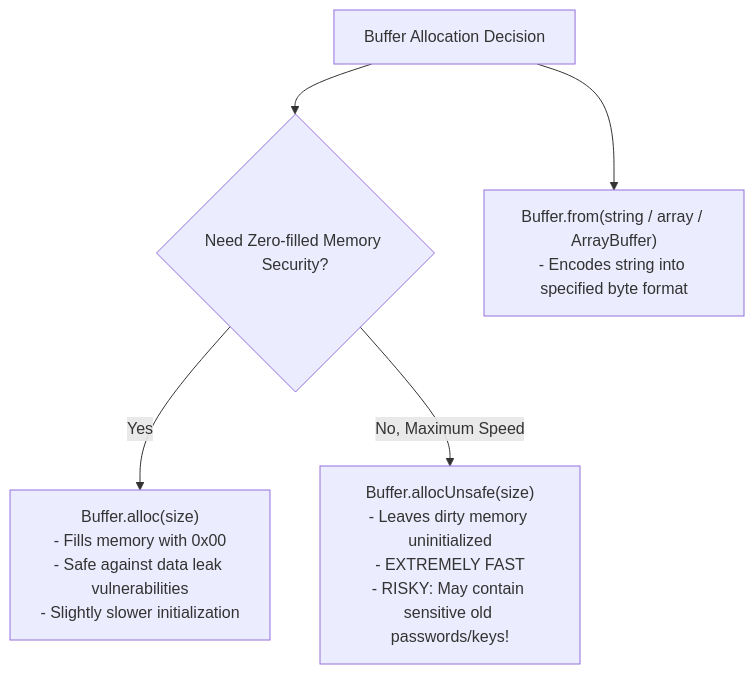
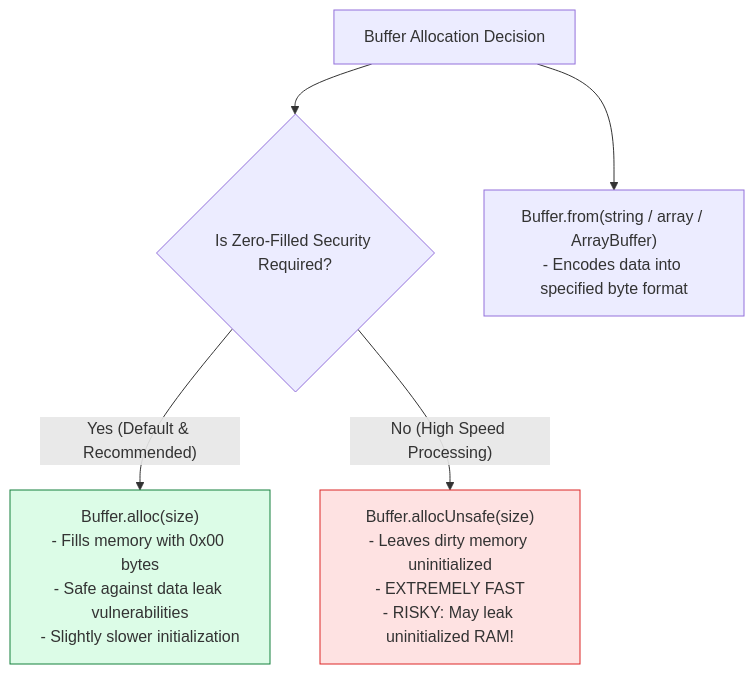
One commit to Amie-dev/engineering-playbook changed the second of 3 diagrams in nodejs-notes/05-buffers.md. Above: the diagram before and after it, drawn with Mermaid. The commit also changed other lines of this file and 31 other files, not shown here.

````diff
--- a/nodejs-notes/05-buffers.md
+++ b/nodejs-notes/05-buffers.md
@@ -34,10 +41,13 @@
 ```mermaid
 flowchart TD
-    StartAlloc[Buffer Allocation Decision] --> IsSafe{Need Zero-filled Memory Security?}
+    StartAlloc[Buffer Allocation Decision] --> SecurityCheck{Is Zero-Filled Security Required?}
     
-    IsSafe -- Yes --> SafeAlloc["Buffer.alloc(size)<br/>- Fills memory with 0x00<br/>- Safe against data leak vulnerabilities<br/>- Slightly slower initialization"]
+    SecurityCheck -- "Yes (Default & Recommended)" --> SafeAlloc["Buffer.alloc(size)<br/>- Fills memory with 0x00 bytes<br/>- Safe against data leak vulnerabilities<br/>- Slightly slower initialization"]
     
-    IsSafe -- No, Maximum Speed --> UnsafeAlloc["Buffer.allocUnsafe(size)<br/>- Leaves dirty memory uninitialized<br/>- EXTREMELY FAST<br/>- RISKY: May contain sensitive old passwords/keys!"]
+    SecurityCheck -- "No (High Speed Processing)" --> UnsafeAlloc["Buffer.allocUnsafe(size)<br/>- Leaves dirty memory uninitialized<br/>- EXTREMELY FAST<br/>- RISKY: May leak uninitialized RAM!"]
 
-    StartAlloc --> ConvertData["Buffer.from(string / array / ArrayBuffer)<br/>- Encodes string into specified byte format"]
+    StartAlloc --> Conversion["Buffer.from(string / array / ArrayBuffer)<br/>- Encodes data into specified byte format"]
+
+    style SafeAlloc fill:#dcfce7,stroke:#15803d
+    style UnsafeAlloc fill:#fee2e2,stroke:#dc2626
 ```
````
